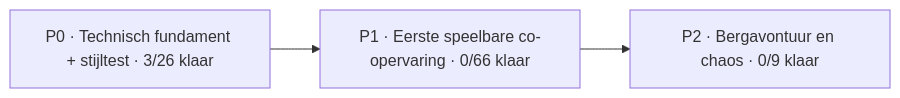
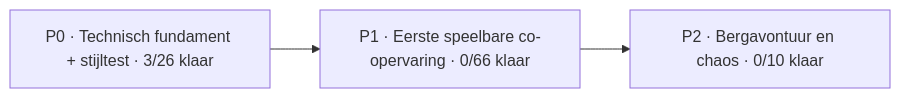
One commit to mlemson/conductor-chaos changed the diagram in Docs/PROJECT_BOARD.md. Above: the diagram before and after it, drawn with Mermaid. The commit also changed other lines of this file, not shown here.

````diff
--- a/Docs/PROJECT_BOARD.md
+++ b/Docs/PROJECT_BOARD.md
@@ -13,7 +13,7 @@
 ```mermaid
 flowchart LR
     P0["P0 · Technisch fundament + stijltest · 3/26 klaar"]
     P1["P1 · Eerste speelbare co-opervaring · 0/66 klaar"]
-    P2["P2 · Bergavontuur en chaos · 0/9 klaar"]
+    P2["P2 · Bergavontuur en chaos · 0/10 klaar"]
     P0 --> P1 --> P2
 ```
````
